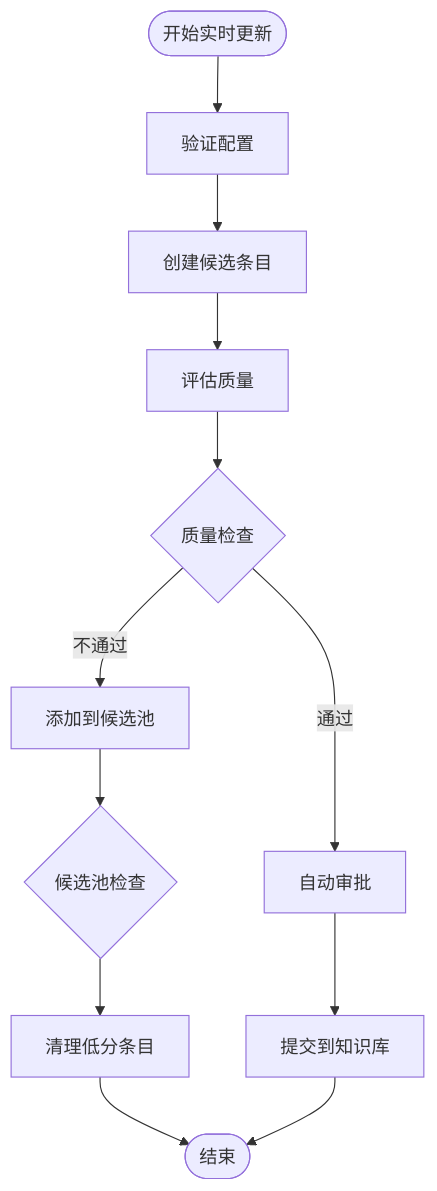
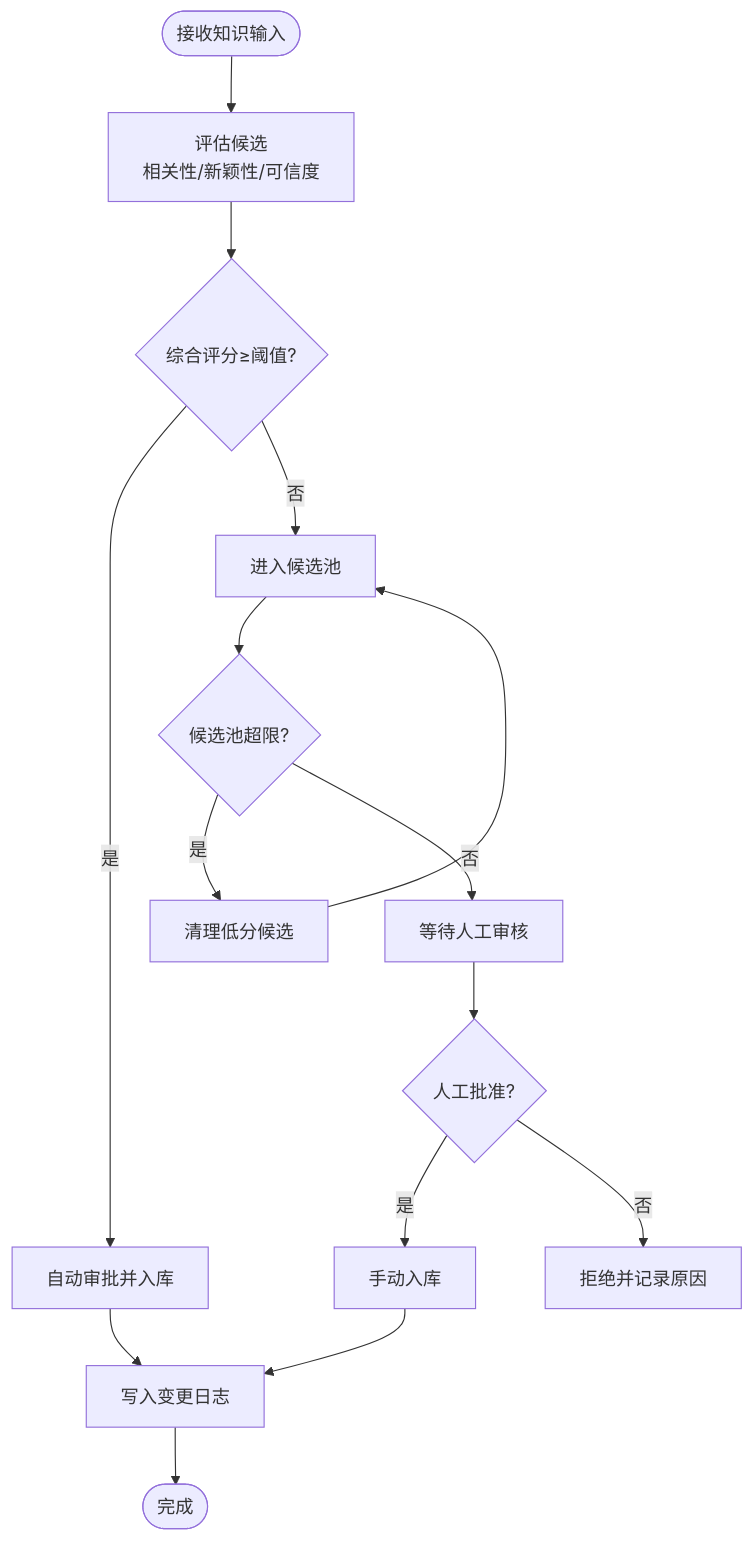
Before and after one commit to JieGaoPrinceton/NecoRAG: the third of 7 diagrams in .qoder/repowiki/zh/content/知识演化系统/知识演化系统.md, drawn with Mermaid. The commit also changed other lines of this file and 181 other files, not shown here.

````diff
--- a/.qoder/repowiki/zh/content/知识演化系统/知识演化系统.md
+++ b/.qoder/repowiki/zh/content/知识演化系统/知识演化系统.md
@@ -166,14 +168,17 @@
 ```mermaid
 flowchart TD
-Start([开始实时更新]) --> Validate["验证配置"]
-Validate --> CreateCandidate["创建候选条目"]
-CreateCandidate --> Evaluate["评估质量"]
-Evaluate --> QualityCheck{"质量检查"}
-QualityCheck --> |通过| AutoApprove["自动审批"]
-QualityCheck --> |不通过| AddPool["添加到候选池"]
-AutoApprove --> Commit["提交到知识库"]
-AddPool --> PoolCheck{"候选池检查"}
-PoolCheck --> Cleanup["清理低分条目"]
-Cleanup --> End([结束])
-Commit --> End
+Start(["接收知识输入"]) --> Eval["评估候选<br/>相关性/新颖性/可信度"]
+Eval --> Score{"综合评分≥阈值?"}
+Score --> |是| AutoApprove["自动审批并入库"]
+Score --> |否| Pending["进入候选池"]
+Pending --> PoolCheck{"候选池超限?"}
+PoolCheck --> |是| Cleanup["清理低分候选"]
+PoolCheck --> |否| WaitReview["等待人工审核"]
+WaitReview --> Approve{"人工批准?"}
+Approve --> |是| ManualCommit["手动入库"]
+Approve --> |否| Reject["拒绝并记录原因"]
+AutoApprove --> Log["写入变更日志"]
+ManualCommit --> Log
+Cleanup --> Pending
+Log --> End(["完成"])
 ```
````
